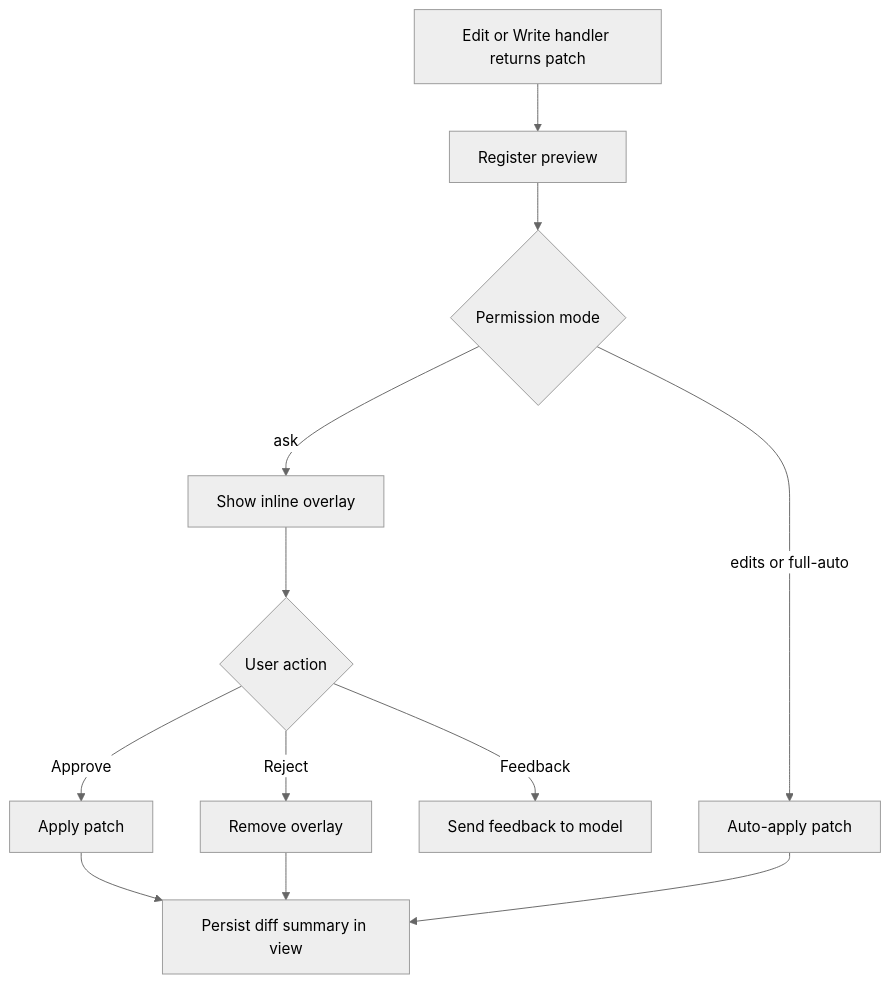
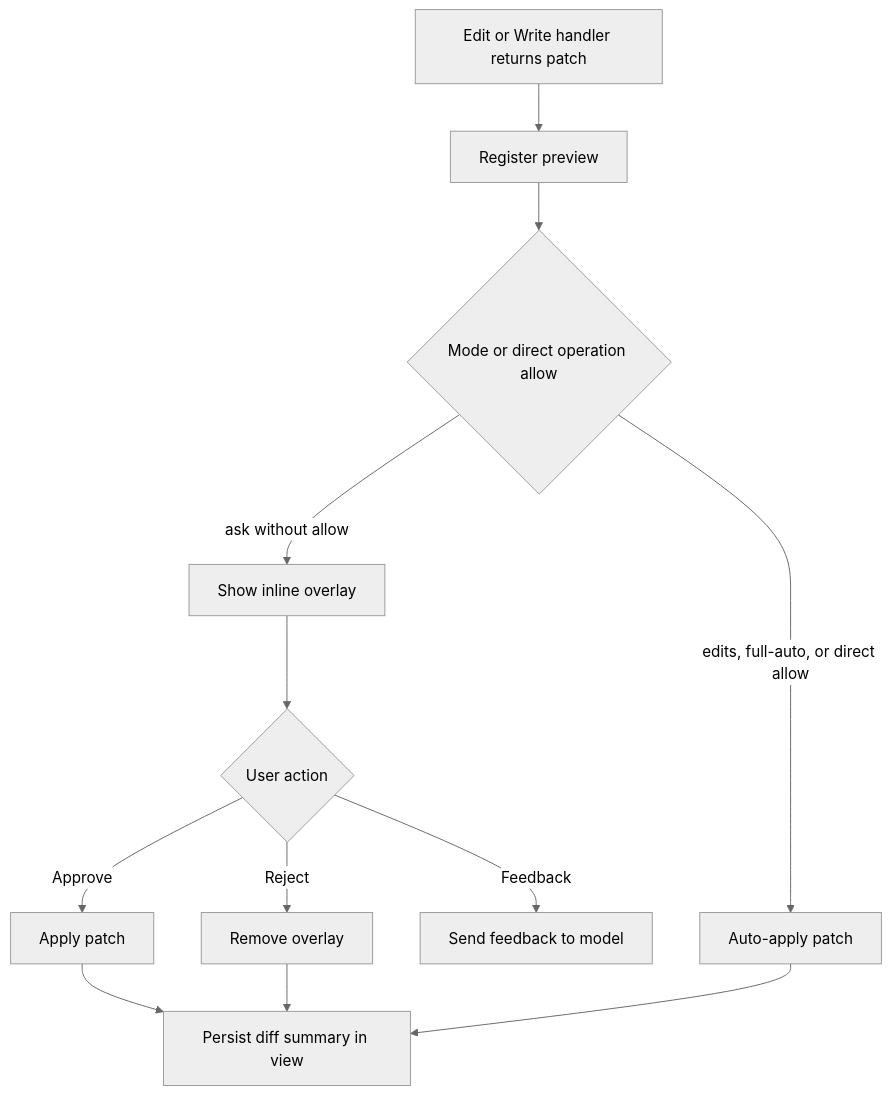
Before and after one commit to FrauH0lle/mevedel: the diagram in docs/preview.md, drawn with Mermaid (neutral theme). The commit also changed other lines of this file and 12 other files, not shown here.

````diff
--- a/docs/preview.md
+++ b/docs/preview.md
@@ -32,14 +36,14 @@
 ```mermaid
 flowchart TD
     A[Edit or Write handler returns patch] --> B[Register preview]
-    B --> C{Permission mode}
-    C -- ask --> D[Show inline overlay]
-    C -- edits or full-auto --> E[Auto-apply patch]
+    B --> C{Mode or direct operation allow}
+    C -- ask without allow --> D[Show inline overlay]
+    C -- edits, full-auto, or direct allow --> E[Auto-apply patch]
     D --> F{User action}
     F -- Approve --> G[Apply patch]
     F -- Reject --> H[Remove overlay]
     F -- Feedback --> I[Send feedback to model]
     G --> J[Persist diff summary in view]
     E --> J
     H --> J
 ```
````
